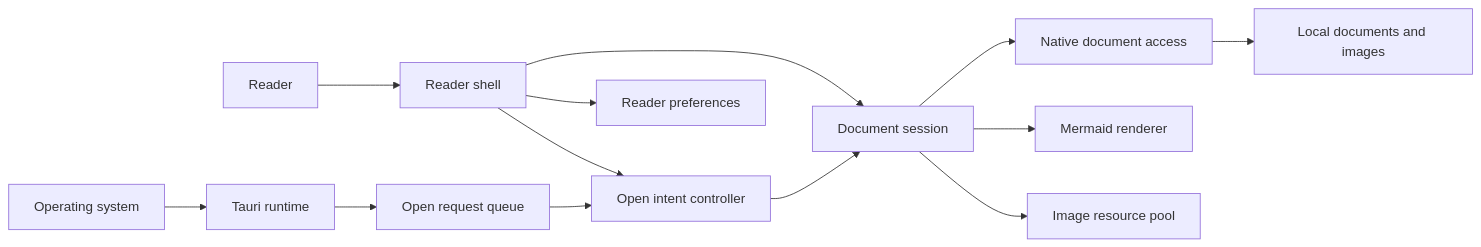
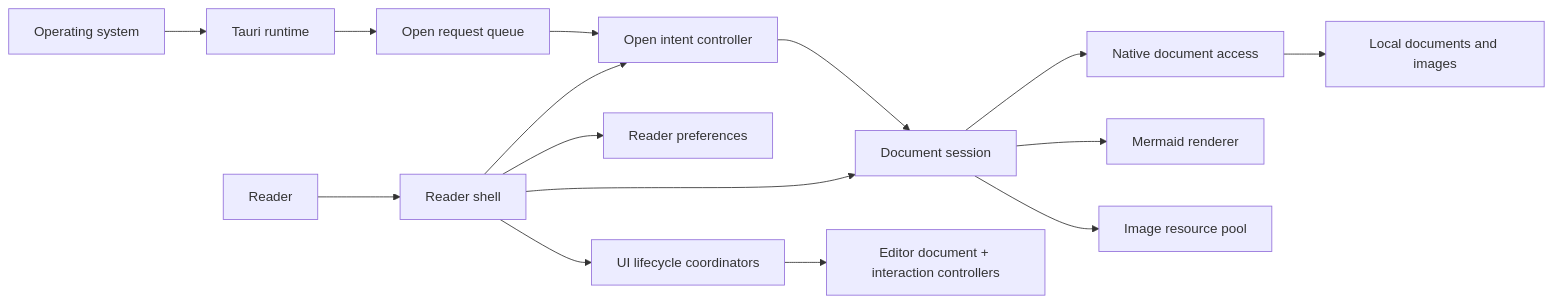
The diagram in CONTEXT.md (gvastethecreator/open.md), drawn with Mermaid before and after one commit. The commit also changed other lines of this file and 3 other files, not shown here.

Commit message:
docs: close architecture improvement batch

````diff
--- a/CONTEXT.md
+++ b/CONTEXT.md
@@ -9,15 +9,17 @@
 ```mermaid
 flowchart LR
   USER[Reader] --> SHELL[Reader shell]
   OS[Operating system] --> NATIVE[Tauri runtime]
   SHELL --> SESSION[Document session]
   SHELL --> OPEN[Open intent controller]
   SHELL --> PREFS[Reader preferences]
+  SHELL --> UI[UI lifecycle coordinators]
+  UI --> EDITOR[Editor document + interaction controllers]
   OPEN --> SESSION
   SESSION --> ACCESS[Native document access]
   SESSION --> MERMAID[Mermaid renderer]
   SESSION --> BLOBS[Image resource pool]
   NATIVE --> REQUESTS[Open request queue]
   REQUESTS --> OPEN
   ACCESS --> FS[Local documents and images]
 ```
````
